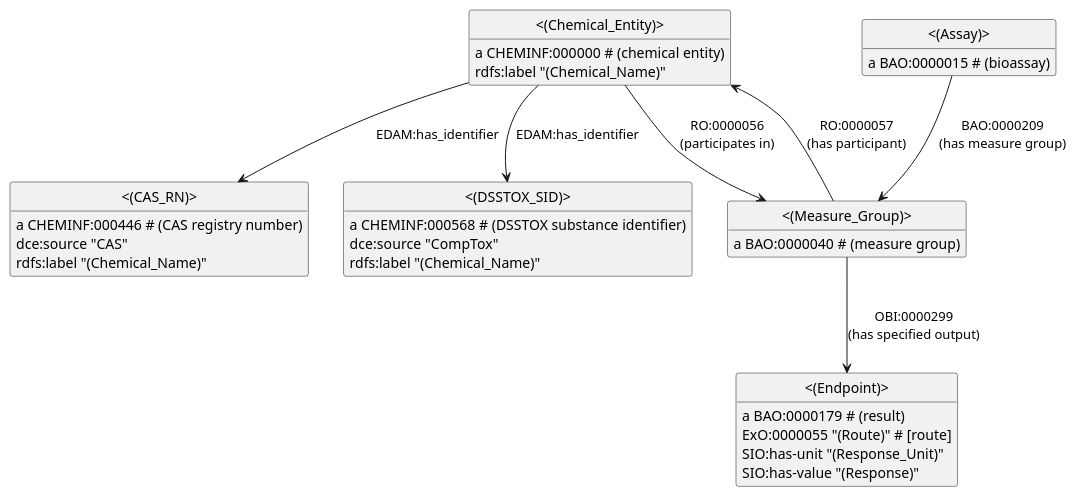
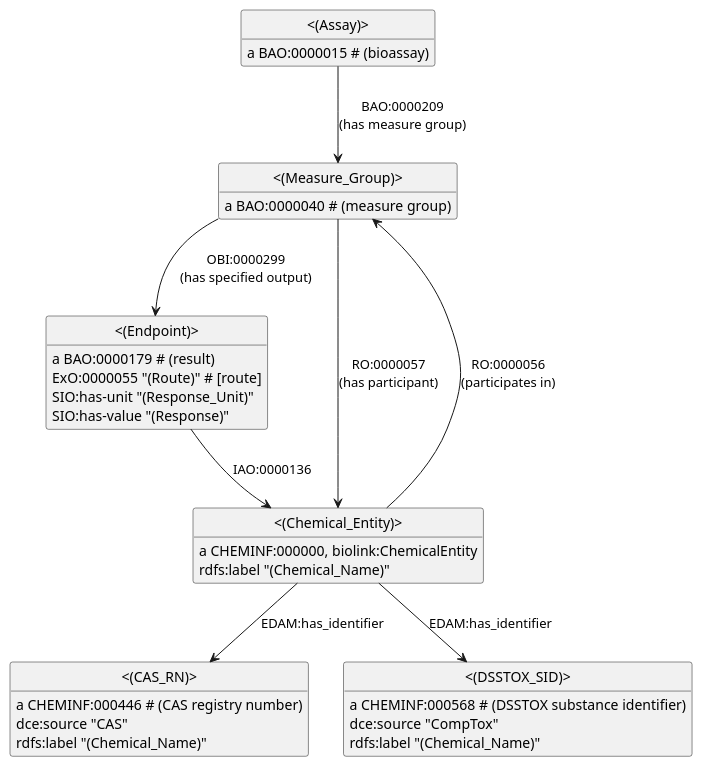
One commit to biobricks-ai/biobricks-okg changed the diagram in puml/mapping_0.puml. Above: the diagram before and after it, drawn with PlantUML. The commit also changed 7 other files, not shown here.

Commit message:
Update PlantUML output

```diff
--- a/puml/mapping_0.puml
+++ b/puml/mapping_0.puml
@@ -1,31 +1,32 @@
 @startuml
 hide empty members
 hide circle
 skinparam classAttributeIconSize 0
+class _Assay_ as "<(Assay)>"
+_Assay_ : {field} a BAO:0000015 # (bioassay)
+class _Measure_Group_ as "<(Measure_Group)>"
+_Assay_ -down-> _Measure_Group_ : BAO:0000209\n(has measure group)
+_Measure_Group_ : {field} a BAO:0000040 # (measure group)
+class _Endpoint_ as "<(Endpoint)>"
+_Measure_Group_ -down-> _Endpoint_ : OBI:0000299\n(has specified output)
 class _Chemical_Entity_ as "<(Chemical_Entity)>"
-_Chemical_Entity_ : {field} a CHEMINF:000000 # (chemical entity)
+_Measure_Group_ -down-> _Chemical_Entity_ : RO:0000057\n(has participant)
+_Endpoint_ : {field} a BAO:0000179 # (result)
+_Endpoint_ -down-> _Chemical_Entity_ : IAO:0000136
+_Endpoint_ : {field} ExO:0000055 "(Route)" # [route]
+_Endpoint_ : {field} SIO:has-unit "(Response_Unit)"
+_Endpoint_ : {field} SIO:has-value "(Response)"
 class _CAS_RN_ as "<(CAS_RN)>"
+_CAS_RN_ : {field} a CHEMINF:000446 # (CAS registry number)
+_CAS_RN_ : {field} dce:source "CAS"
+_CAS_RN_ : {field} rdfs:label "(Chemical_Name)"
+_Chemical_Entity_ : {field} a CHEMINF:000000, biolink:ChemicalEntity
+_Chemical_Entity_ -down-> _Measure_Group_ : RO:0000056\n(participates in)
 _Chemical_Entity_ -down-> _CAS_RN_ : EDAM:has_identifier
 class _DSSTOX_SID_ as "<(DSSTOX_SID)>"
 _Chemical_Entity_ -down-> _DSSTOX_SID_ : EDAM:has_identifier
-class _Measure_Group_ as "<(Measure_Group)>"
-_Chemical_Entity_ -down-> _Measure_Group_ : RO:0000056\n(participates in)
 _Chemical_Entity_ : {field} rdfs:label "(Chemical_Name)"
 _DSSTOX_SID_ : {field} a CHEMINF:000568 # (DSSTOX substance identifier)
 _DSSTOX_SID_ : {field} dce:source "CompTox"
 _DSSTOX_SID_ : {field} rdfs:label "(Chemical_Name)"
-_CAS_RN_ : {field} a CHEMINF:000446 # (CAS registry number)
-_CAS_RN_ : {field} dce:source "CAS"
-_CAS_RN_ : {field} rdfs:label "(Chemical_Name)"
-class _Assay_ as "<(Assay)>"
-_Assay_ : {field} a BAO:0000015 # (bioassay)
-_Assay_ -down-> _Measure_Group_ : BAO:0000209\n(has measure group)
-class _Endpoint_ as "<(Endpoint)>"
-_Endpoint_ : {field} a BAO:0000179 # (result)
-_Endpoint_ : {field} ExO:0000055 "(Route)" # [route]
-_Endpoint_ : {field} SIO:has-unit "(Response_Unit)"
-_Endpoint_ : {field} SIO:has-value "(Response)"
-_Measure_Group_ : {field} a BAO:0000040 # (measure group)
-_Measure_Group_ -down-> _Chemical_Entity_ : RO:0000057\n(has participant)
-_Measure_Group_ -down-> _Endpoint_ : OBI:0000299\n(has specified output)
 @enduml
```
